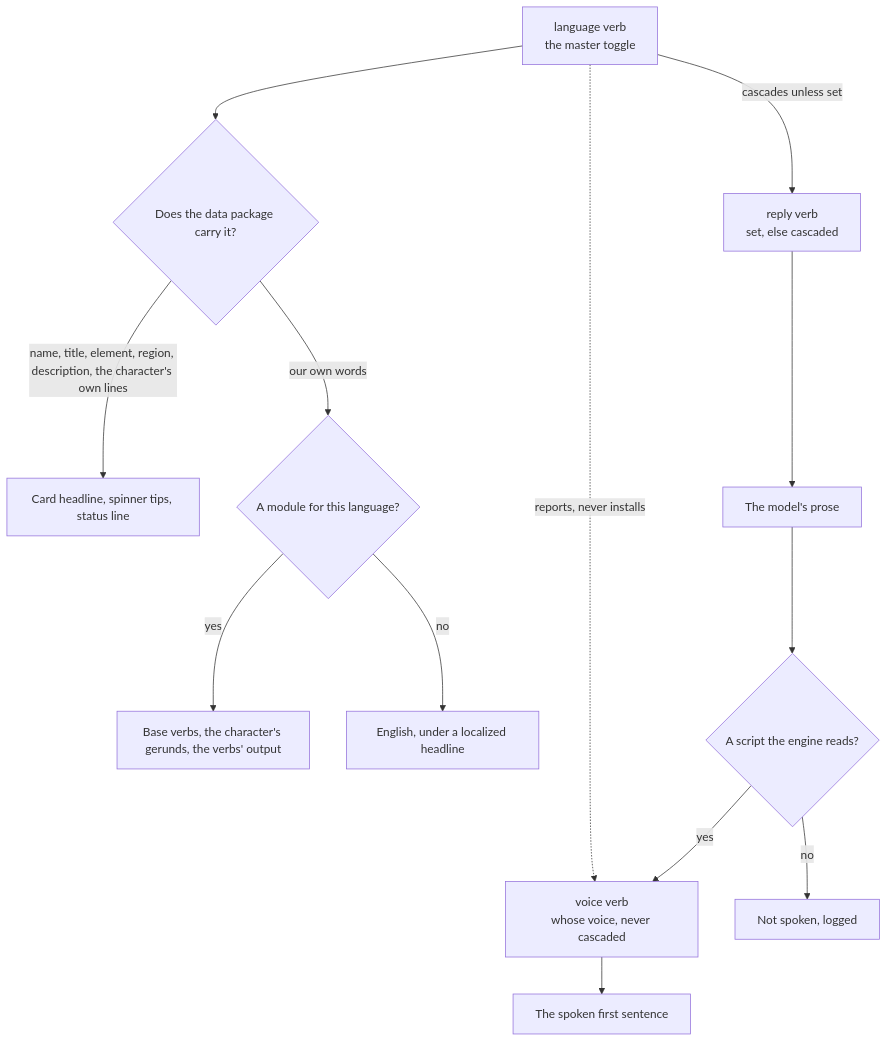
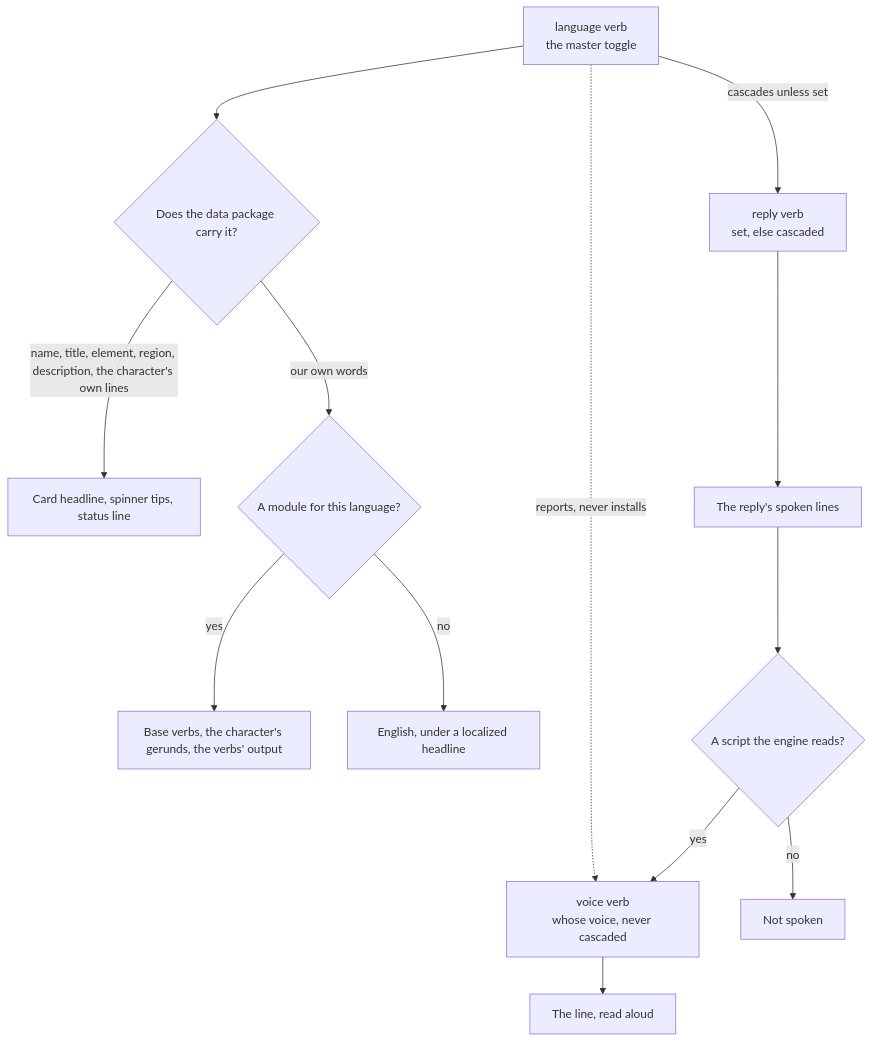
One commit to Esposter/Esposter changed the fifth of 6 diagrams in apps/web/content/docs/infra/claude-interface/persona-plugin.md. Above: the diagram before and after it, drawn with Mermaid. The commit also changed other lines of this file and 61 other files, not shown here.

First line of the commit message:
feat(genshin-persona): a reply's spoken lines are read by a MessageDisplay hook the voice verb writes, and the warm makes the greeting

````diff
--- a/apps/web/content/docs/infra/claude-interface/persona-plugin.md
+++ b/apps/web/content/docs/infra/claude-interface/persona-plugin.md
@@ -202,19 +202,19 @@
 ```mermaid
 flowchart TD
     Language["language verb<br/>the master toggle"]
     Reply["reply verb<br/>set, else cascaded"]
     Dub["voice verb<br/>whose voice, never cascaded"]
 
     Language -->|cascades unless set| Reply
     Language -.->|reports, never installs| Dub
     Language --> Data{"Does the data package carry it?"}
     Data -- "name, title, element, region, description, the character's own lines" --> Free["Card headline, spinner tips, status line"]
     Data -- "our own words" --> Module{"A module for this language?"}
     Module -- yes --> Ours["Base verbs, the character's gerunds, the verbs' output"]
     Module -- no --> Fallback["English, under a localized headline"]
-    Reply --> Prose["The model's prose"]
+    Reply --> Prose["The reply's spoken lines"]
     Prose --> Script{"A script the engine reads?"}
-    Script -- no --> Silent["Not spoken, logged"]
+    Script -- no --> Silent["Not spoken"]
     Script -- yes --> Dub
-    Dub --> Speech["The spoken first sentence"]
+    Dub --> Speech["The line, read aloud"]
 ```
````
